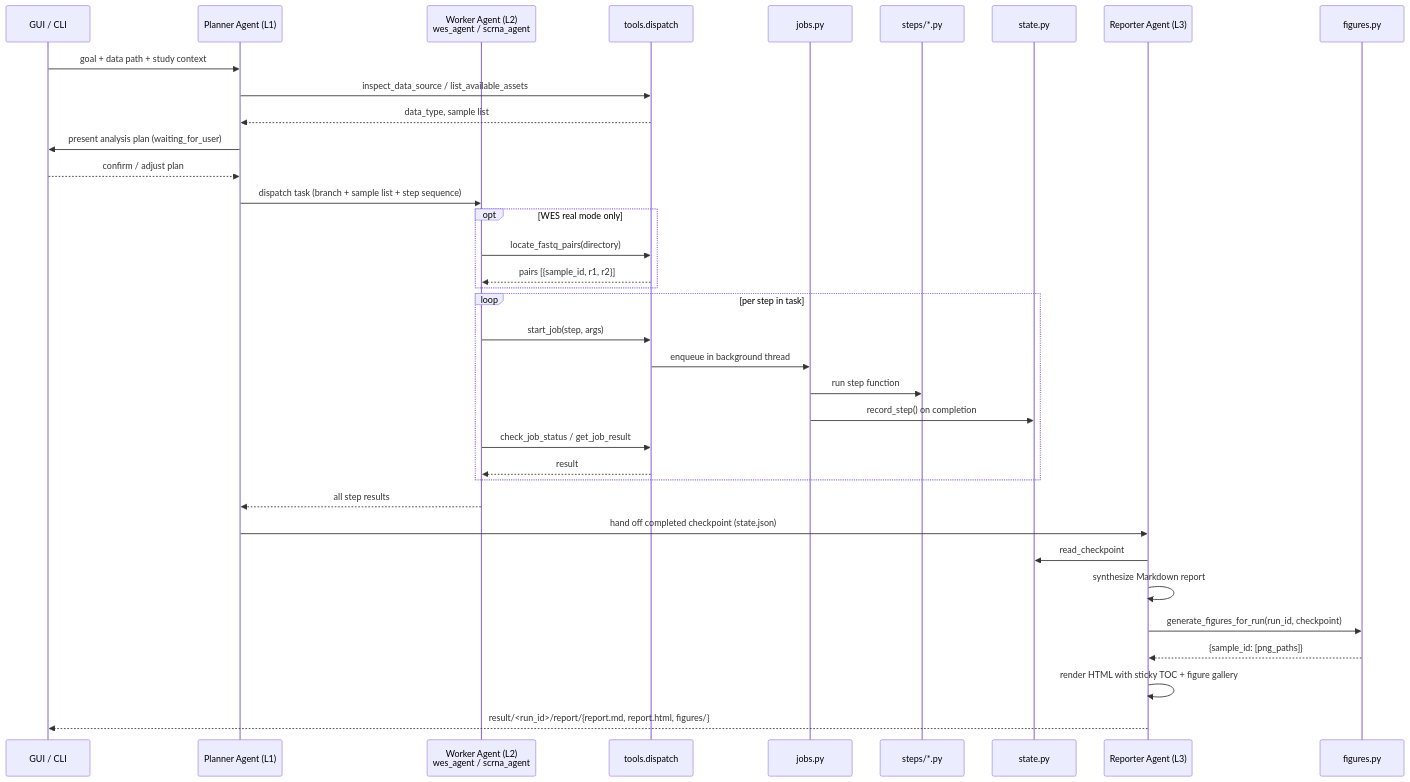
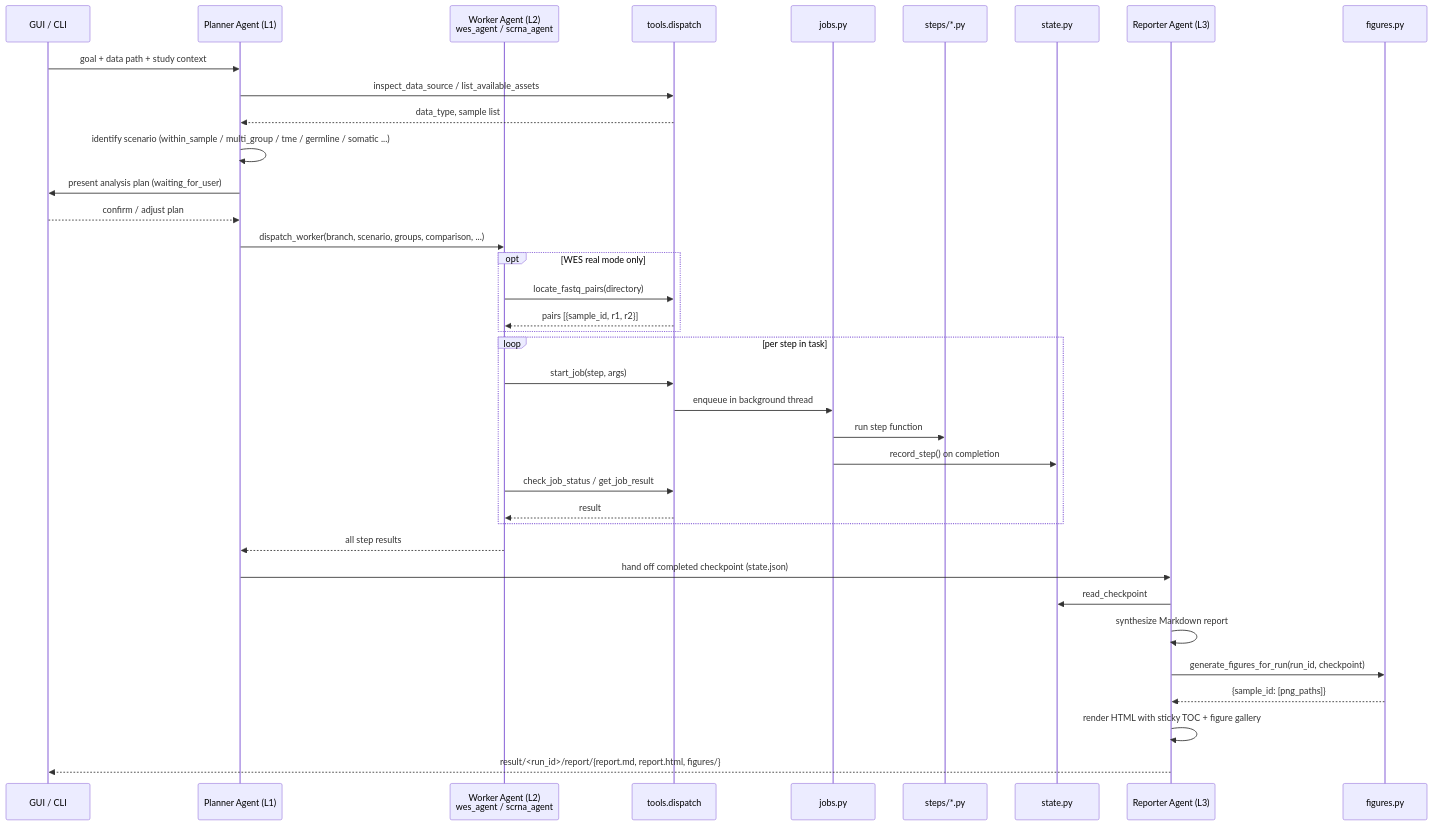
One commit to LinWZ-tw/agent1poc changed the first of 2 diagrams in README.md. Above: the diagram before and after it, drawn with Mermaid. The commit also changed other lines of this file and 6 other files, not shown here.

````diff
--- a/README.md
+++ b/README.md
@@ -187,42 +250,43 @@
 ```mermaid
 sequenceDiagram
     participant U as GUI / CLI
     participant P as Planner Agent (L1)
     participant W as Worker Agent (L2)<br/>wes_agent / scrna_agent
     participant T as tools.dispatch
     participant J as jobs.py
     participant St as steps/*.py
     participant S as state.py
     participant R as Reporter Agent (L3)
     participant Fig as figures.py
 
     U->>P: goal + data path + study context
     P->>T: inspect_data_source / list_available_assets
     T-->>P: data_type, sample list
+    P->>P: identify scenario (within_sample / multi_group / tme / germline / somatic ...)
     P->>U: present analysis plan (waiting_for_user)
     U-->>P: confirm / adjust plan
-    P->>W: dispatch task (branch + sample list + step sequence)
+    P->>W: dispatch_worker(branch, scenario, groups, comparison, ...)
 
     opt WES real mode only
         W->>T: locate_fastq_pairs(directory)
         T-->>W: pairs [{sample_id, r1, r2}]
     end
 
     loop per step in task
         W->>T: start_job(step, args)
         T->>J: enqueue in background thread
         J->>St: run step function
         J->>S: record_step() on completion
         W->>T: check_job_status / get_job_result
         T-->>W: result
     end
 
     W-->>P: all step results
     P->>R: hand off completed checkpoint (state.json)
     R->>S: read_checkpoint
     R->>R: synthesize Markdown report
     R->>Fig: generate_figures_for_run(run_id, checkpoint)
     Fig-->>R: {sample_id: [png_paths]}
     R->>R: render HTML with sticky TOC + figure gallery
     R-->>U: result/<run_id>/report/{report.md, report.html, figures/}
 ```
````
